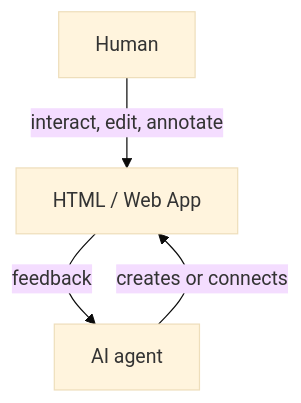
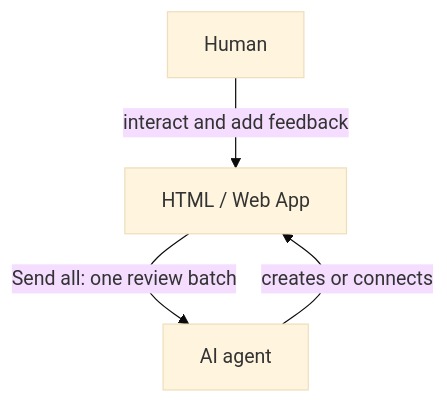
One commit to souljorje/humagent changed the diagram in README.md. Above: the diagram before and after it, drawn with Mermaid (base theme). The commit also changed other lines of this file and 7 other files, not shown here.

````diff
--- a/README.md
+++ b/README.md
@@ -8,9 +8,9 @@
 ```mermaid
 flowchart TB
   I["HTML / Web App"]
   A["AI agent"]
   H["Human"]
   A -->|"creates or connects"| I
-  I -->|"feedback"| A
-  H -->|"interact, edit, annotate"| I
+  I -->|"Send all: one review batch"| A
+  H -->|"interact and add feedback"| I
 ```
````
